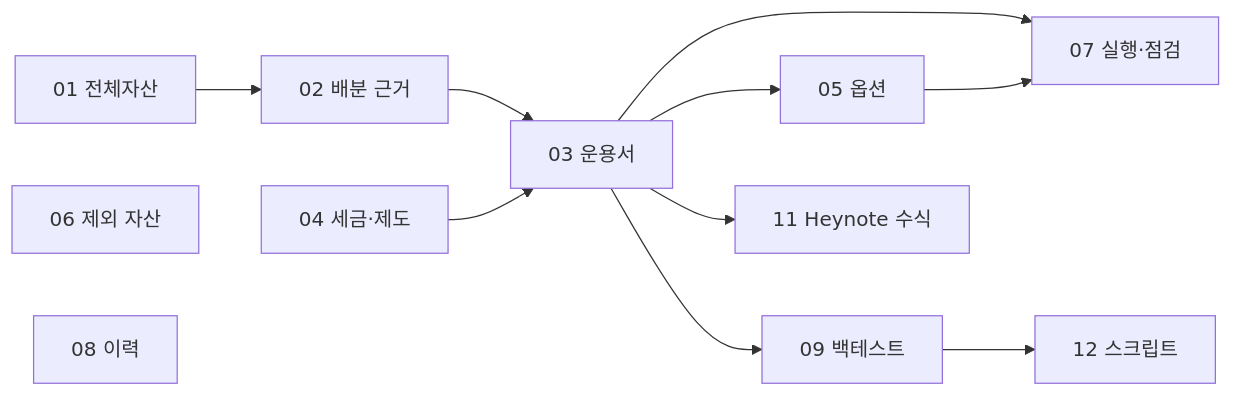
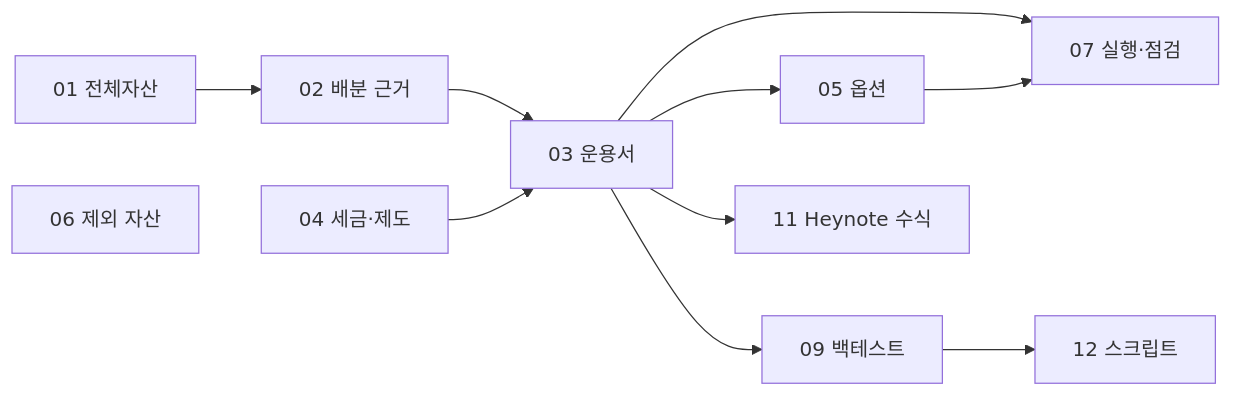
The diagram in vault/fin.portfolio.00-index.md (Luke-SNAW/Luke-SNAW.github.io), drawn with Mermaid before and after one commit. The commit also changed other lines of this file and 3 other files, not shown here.

````diff
--- a/vault/fin.portfolio.00-index.md
+++ b/vault/fin.portfolio.00-index.md
@@ -80,14 +80,13 @@
 ```mermaid
 flowchart LR
   N[01 전체자산] --> A[02 배분 근거]
   A --> R[03 운용서]
   T[04 세금·제도] --> R
   R --> O[05 옵션]
   R --> E[07 실행·점검]
   O --> E
   X[06 제외 자산]
-  H[08 이력]
   R --> B[09 백테스트]
   B --> S[12 스크립트]
   R --> HN[11 Heynote 수식]
 ```
````
